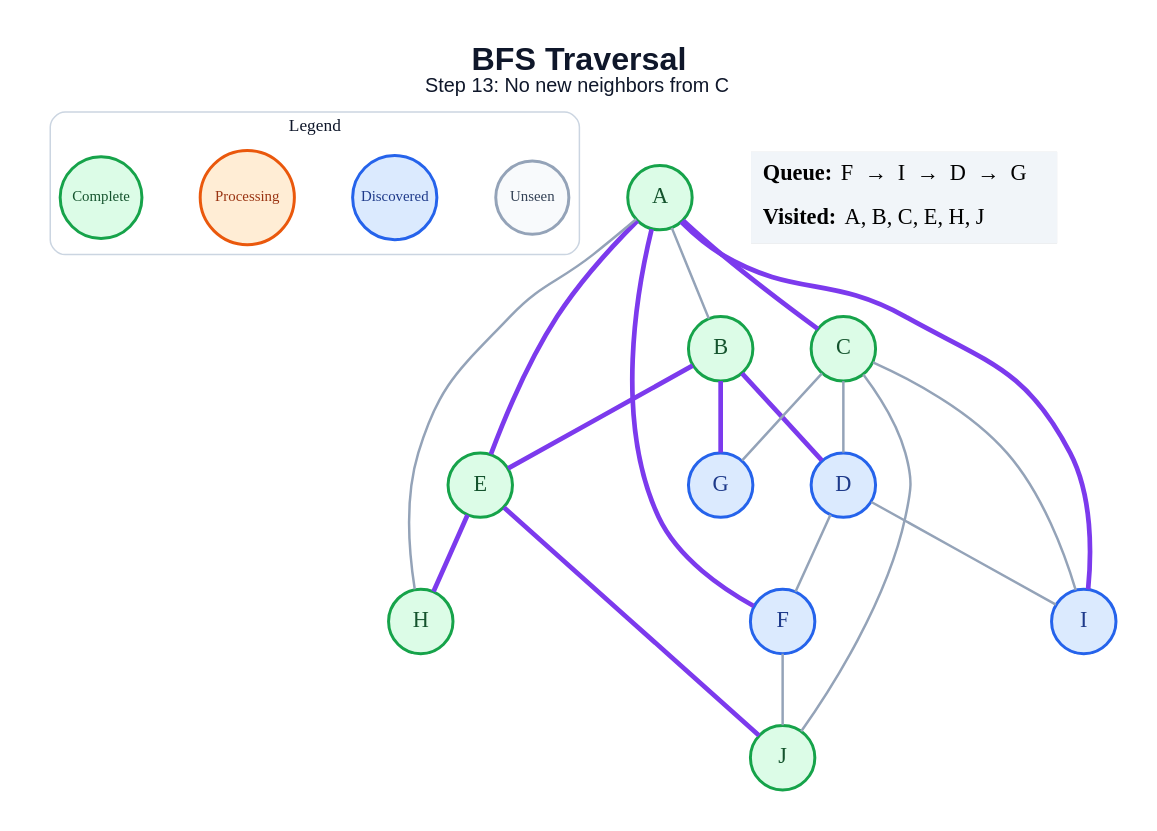
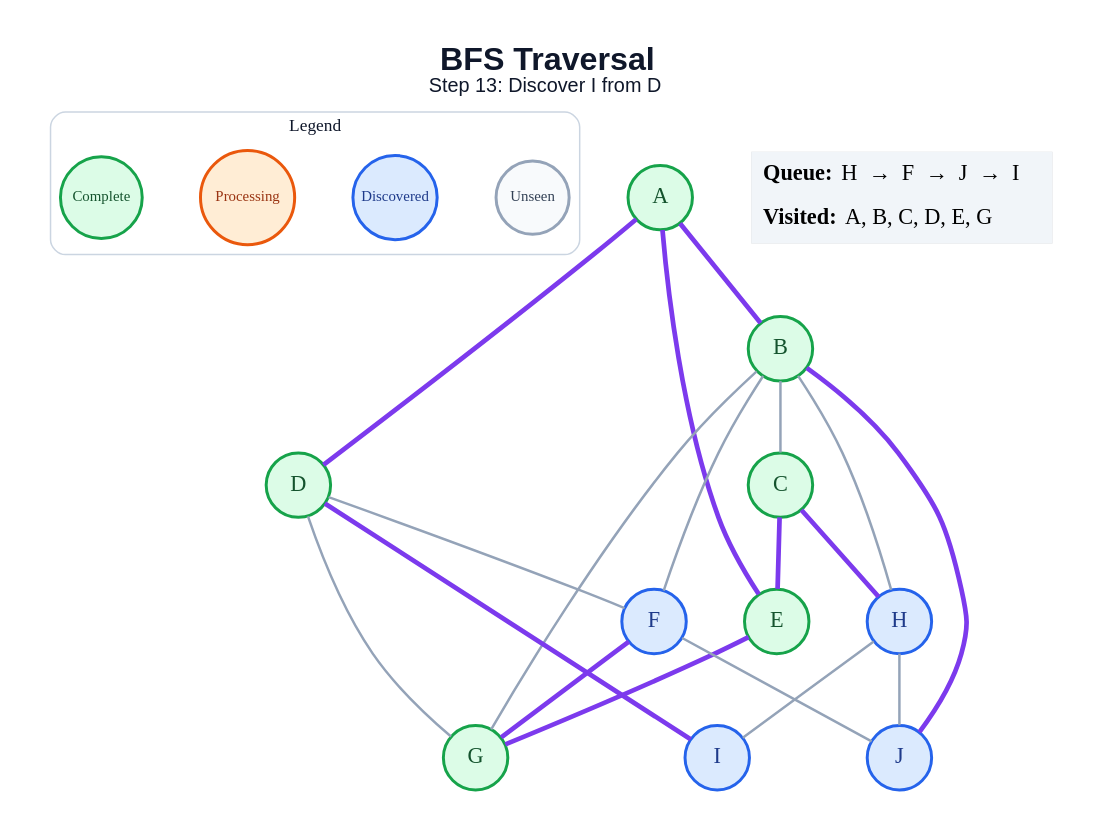
One commit to amanghodawala9/ai-slop changed the diagram in generated/specific-node/bfs/step_13.dot. Above: the diagram before and after it, drawn with Graphviz. The commit also changed 178 other files, not shown here.

```diff
--- a/generated/specific-node/bfs/step_13.dot
+++ b/generated/specific-node/bfs/step_13.dot
@@ -1,47 +1,47 @@
 graph traversal {
   graph [layout=dot, rankdir=TB, bgcolor="#FFFFFF", pad="0.35", nodesep="0.65", ranksep="0.8", fontname="Arial"];
   node [shape=circle, style="filled", fontname="Arial Bold", fontsize=18, width=0.72, fixedsize=true, penwidth=2.4];
   edge [color="#94A3B8", penwidth=2.0];
-  label=<<B>BFS Traversal</B><BR/><FONT POINT-SIZE="16">Step 13: No new neighbors from C</FONT>>; labelloc="t"; fontsize=26; fontname="Arial"; fontcolor="#0F172A";
+  label=<<B>BFS Traversal</B><BR/><FONT POINT-SIZE="16">Step 13: Discover I from D</FONT>>; labelloc="t"; fontsize=26; fontname="Arial"; fontcolor="#0F172A";
   subgraph cluster_legend { label="Legend"; color="#CBD5E1"; penwidth=1.2; style="rounded"; fontsize=14; fontname="Arial Bold";
     key_unseen [label="Unseen", fillcolor="#F8FAFC", color="#94A3B8", fontcolor="#334155", fontsize=12, width=0.82];
     key_frontier [label="Discovered", fillcolor="#DBEAFE", color="#2563EB", fontcolor="#1E3A8A", fontsize=12, width=0.95];
     key_current [label="Processing", fillcolor="#FFEDD5", color="#EA580C", fontcolor="#9A3412", fontsize=12, width=1.05];
     key_done [label="Complete", fillcolor="#DCFCE7", color="#16A34A", fontcolor="#14532D", fontsize=12, width=0.92];
     { rank=same; key_unseen; key_frontier; key_current; key_done; }
   }
   A [fillcolor="#DCFCE7", color="#16A34A", fontcolor="#14532D"];
   B [fillcolor="#DCFCE7", color="#16A34A", fontcolor="#14532D"];
   C [fillcolor="#DCFCE7", color="#16A34A", fontcolor="#14532D"];
-  D [fillcolor="#DBEAFE", color="#2563EB", fontcolor="#1E3A8A"];
+  D [fillcolor="#DCFCE7", color="#16A34A", fontcolor="#14532D"];
   E [fillcolor="#DCFCE7", color="#16A34A", fontcolor="#14532D"];
   F [fillcolor="#DBEAFE", color="#2563EB", fontcolor="#1E3A8A"];
-  G [fillcolor="#DBEAFE", color="#2563EB", fontcolor="#1E3A8A"];
-  H [fillcolor="#DCFCE7", color="#16A34A", fontcolor="#14532D"];
+  G [fillcolor="#DCFCE7", color="#16A34A", fontcolor="#14532D"];
+  H [fillcolor="#DBEAFE", color="#2563EB", fontcolor="#1E3A8A"];
   I [fillcolor="#DBEAFE", color="#2563EB", fontcolor="#1E3A8A"];
-  J [fillcolor="#DCFCE7", color="#16A34A", fontcolor="#14532D"];
-  A -- B;
-  A -- C [color="#7C3AED", penwidth=3.8];
+  J [fillcolor="#DBEAFE", color="#2563EB", fontcolor="#1E3A8A"];
+  A -- B [color="#7C3AED", penwidth=3.8];
+  A -- D [color="#7C3AED", penwidth=3.8];
   A -- E [color="#7C3AED", penwidth=3.8];
-  A -- F [color="#7C3AED", penwidth=3.8];
-  A -- H;
-  A -- I [color="#7C3AED", penwidth=3.8];
-  B -- D [color="#7C3AED", penwidth=3.8];
-  B -- E [color="#7C3AED", penwidth=3.8];
-  B -- G [color="#7C3AED", penwidth=3.8];
-  C -- D;
-  C -- G;
-  C -- I;
-  C -- J;
+  B -- C;
+  B -- F;
+  B -- G;
+  B -- H;
+  B -- J [color="#7C3AED", penwidth=3.8];
+  C -- E [color="#7C3AED", penwidth=3.8];
+  C -- H [color="#7C3AED", penwidth=3.8];
   D -- F;
-  D -- I;
-  E -- H [color="#7C3AED", penwidth=3.8];
-  E -- J [color="#7C3AED", penwidth=3.8];
+  D -- G;
+  D -- I [color="#7C3AED", penwidth=3.8];
+  E -- G [color="#7C3AED", penwidth=3.8];
+  F -- G [color="#7C3AED", penwidth=3.8];
   F -- J;
+  H -- I;
+  H -- J;
   status [shape=plain, fixedsize=false, width=0, height=0, margin=0, label=<
     <TABLE BORDER="0" CELLBORDER="0" CELLPADDING="7" BGCOLOR="#F1F5F9">
-      <TR><TD ALIGN="LEFT"><B>Queue:</B> F  →  I  →  D  →  G</TD></TR>
-      <TR><TD ALIGN="LEFT"><B>Visited:</B> A, B, C, E, H, J</TD></TR>
+      <TR><TD ALIGN="LEFT"><B>Queue:</B> H  →  F  →  J  →  I</TD></TR>
+      <TR><TD ALIGN="LEFT"><B>Visited:</B> A, B, C, D, E, G</TD></TR>
     </TABLE>
   >];
 }
```
